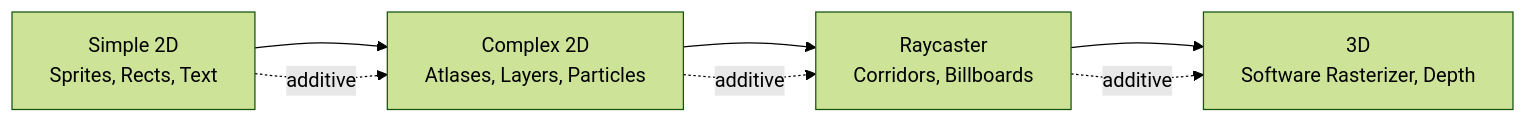
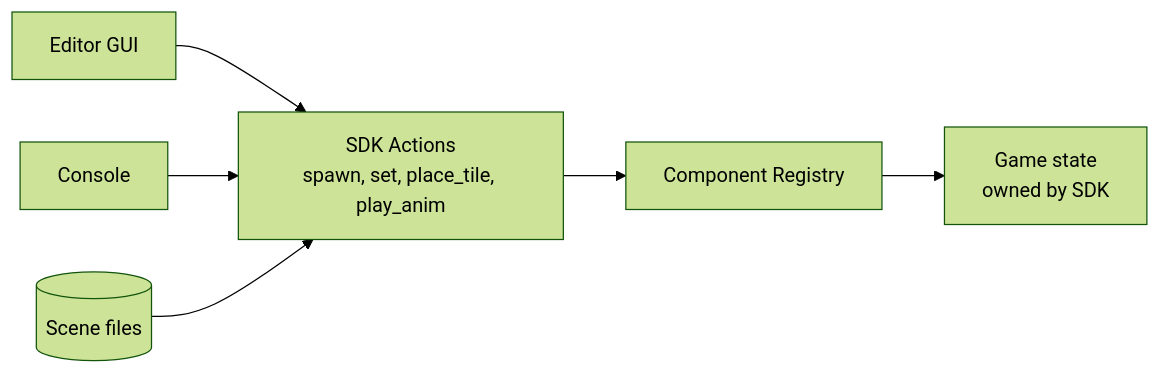
Before and after one commit to Schulich-Press-Start/console: the third of 4 diagrams in ARCHITECTURE_PROPOSAL.md, drawn with Mermaid (forest theme). The commit also changed other lines of this file, not shown here.

Commit message:
Rework architecture proposal around C++ 32blit core, Zephyr port and editor actions

````diff
--- a/ARCHITECTURE_PROPOSAL.md
+++ b/ARCHITECTURE_PROPOSAL.md
@@ -94,9 +182,7 @@
 ```mermaid
 flowchart LR
-    S1[Simple 2D<br>Sprites, Rects, Text] --> S2[Complex 2D<br>Atlases, Layers, Particles]
-    S2 --> S3[Raycaster<br>Corridors, Billboards]
-    S3 --> S4[3D<br>Software Rasterizer, Depth]
-    S1 -.->|additive| S2
-    S2 -.->|additive| S3
-    S3 -.->|additive| S4
+    GUI[Editor GUI] --> Actions["SDK Actions<br>spawn, set, place_tile, play_anim"]
+    Console[Console] --> Actions
+    Scene[(Scene files)] --> Actions
+    Actions --> Registry[Component Registry] --> State["Game state<br>owned by SDK"]
 ```
````
